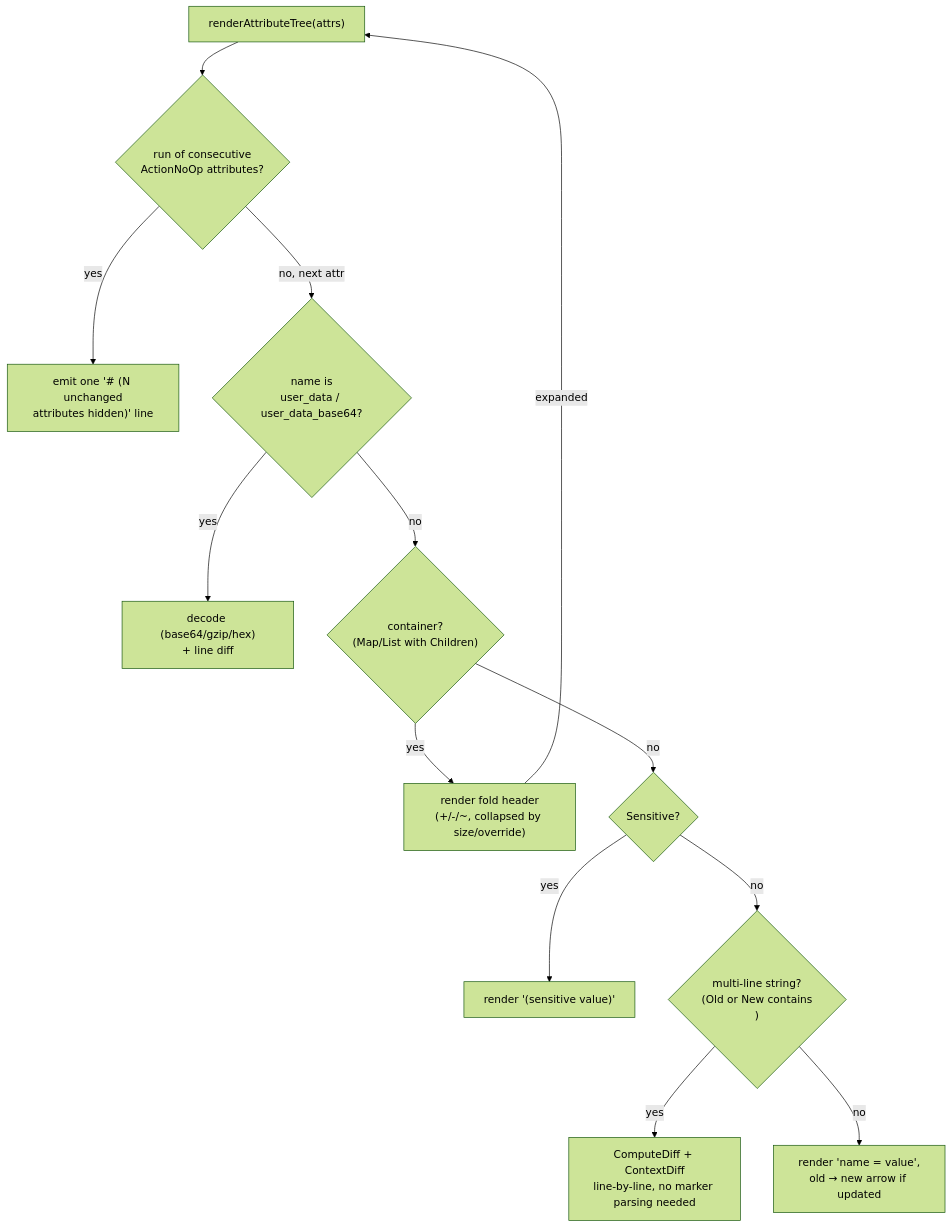
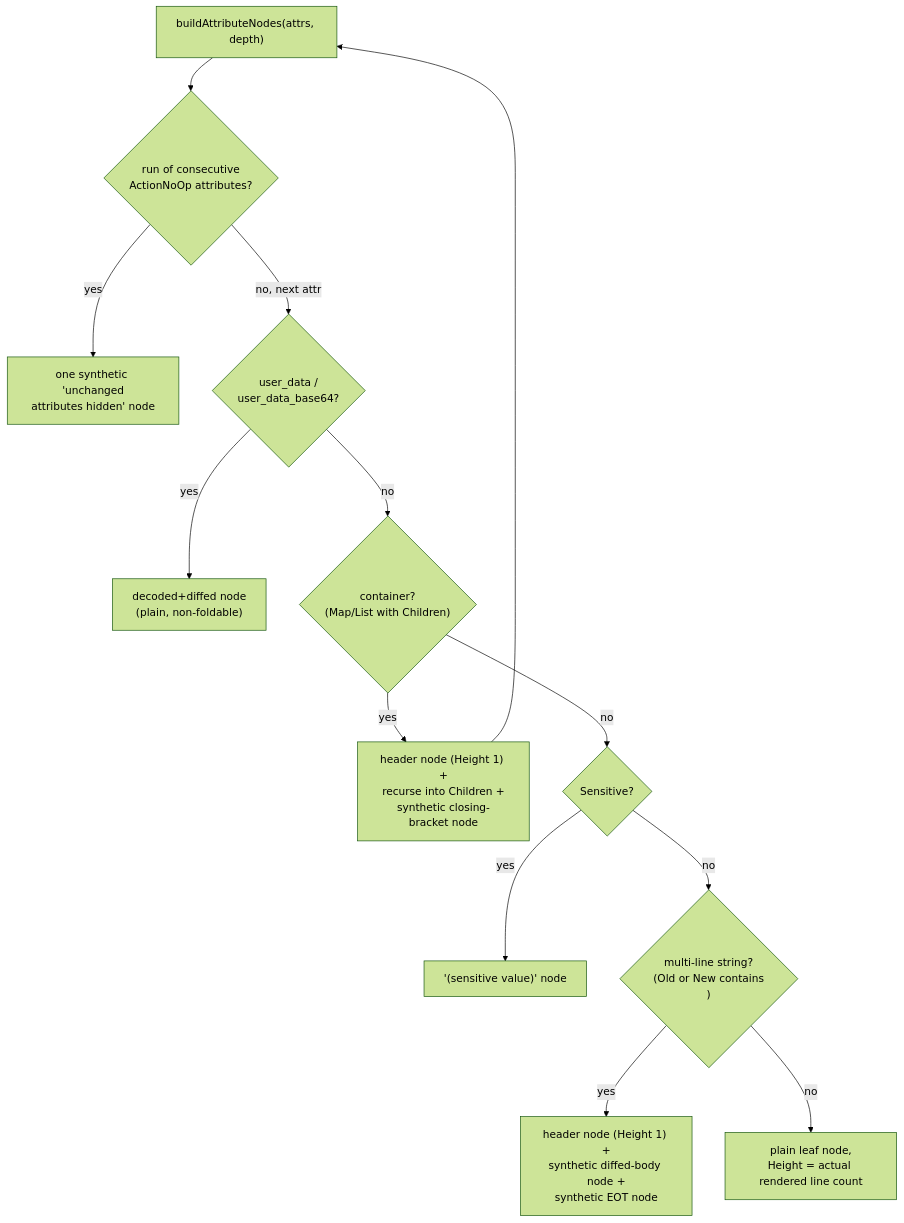
The eighth of 8 diagrams in ARCHITECTURE.md (choovick/terraprism), drawn with Mermaid (forest theme) before and after one commit. The commit also changed other lines of this file, not shown here.

Commit message:
Architecture update

````diff
--- a/ARCHITECTURE.md
+++ b/ARCHITECTURE.md
@@ -271,15 +285,15 @@
 ```mermaid
 flowchart TD
-    A["renderAttributeTree(attrs)"] --> B{"run of consecutive<br/>ActionNoOp attributes?"}
-    B -- yes --> C["emit one '# (N unchanged<br/>attributes hidden)' line"]
-    B -- no, next attr --> D{"name is<br/>user_data / user_data_base64?"}
-    D -- yes --> E["decode (base64/gzip/hex)<br/>+ line diff"]
+    A["buildAttributeNodes(attrs, depth)"] --> B{"run of consecutive<br/>ActionNoOp attributes?"}
+    B -- yes --> C["one synthetic 'unchanged<br/>attributes hidden' node"]
+    B -- no, next attr --> D{"user_data /<br/>user_data_base64?"}
+    D -- yes --> E["decoded+diffed node<br/>(plain, non-foldable)"]
     D -- no --> F{"container?<br/>(Map/List with Children)"}
-    F -- yes --> G["render fold header<br/>(+/-/~, collapsed by size/override)"]
-    G -- expanded --> A
+    F -- yes --> G["header node (Height 1) +<br/>recurse into Children +<br/>synthetic closing-bracket node"]
+    G --> A
     F -- no --> H{"Sensitive?"}
-    H -- yes --> I["render '(sensitive value)'"]
+    H -- yes --> I["'(sensitive value)' node"]
     H -- no --> J{"multi-line string?<br/>(Old or New contains \n)"}
-    J -- yes --> K["ComputeDiff + ContextDiff<br/>line-by-line, no marker parsing needed"]
-    J -- no --> L["render 'name = value',<br/>old → new arrow if updated"]
+    J -- yes --> K["header node (Height 1) +<br/>synthetic diffed-body node +<br/>synthetic EOT node"]
+    J -- no --> L["plain leaf node,<br/>Height = actual rendered line count"]
 ```
````
